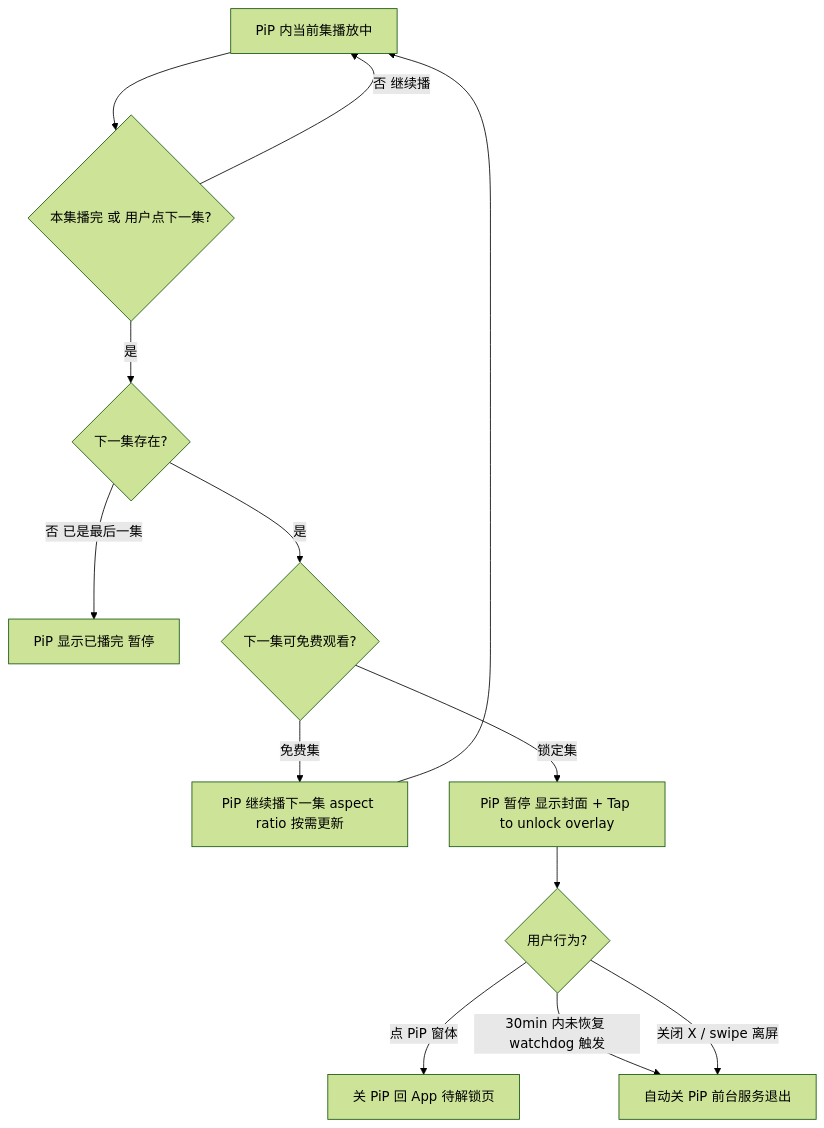
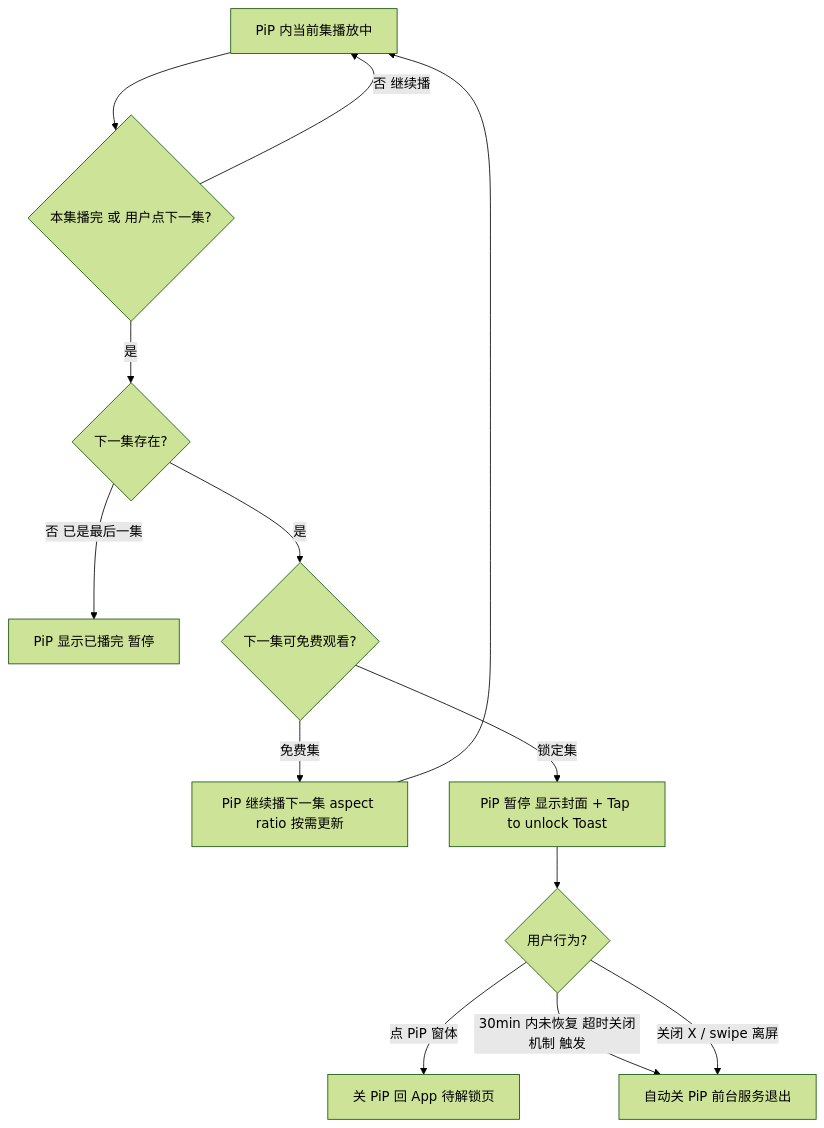
The second of 2 diagrams in docs/20260529/PRD/画中画/20260529_画中画_PRD.md (king460357/ff-app-prd), drawn with Mermaid (forest theme) before and after one commit. The commit also changed other lines of this file and 1 other file, not shown here.

First line of the commit message:
docs(画中画 PRD): watchdog → 超时关闭机制 + overlay → Toast 全文统一

````diff
--- a/docs/20260529/PRD/画中画/20260529_画中画_PRD.md
+++ b/docs/20260529/PRD/画中画/20260529_画中画_PRD.md
@@ -84,15 +84,15 @@
 ```mermaid
 flowchart TD
  B0[PiP 内当前集播放中] --> B1{本集播完 或 用户点下一集?}
  B1 -->|否 继续播| B0
  B1 -->|是| B2{下一集存在?}
  B2 -->|否 已是最后一集| B3[PiP 显示已播完 暂停]
  B2 -->|是| B4{下一集可免费观看?}
  B4 -->|免费集| B5[PiP 继续播下一集 aspect ratio 按需更新]
  B5 --> B0
- B4 -->|锁定集| B6[PiP 暂停 显示封面 + Tap to unlock overlay]
+ B4 -->|锁定集| B6[PiP 暂停 显示封面 + Tap to unlock Toast]
  B6 --> B7{用户行为?}
  B7 -->|点 PiP 窗体| B8[关 PiP 回 App 待解锁页]
- B7 -->|30min 内未恢复 watchdog 触发| B9[自动关 PiP 前台服务退出]
+ B7 -->|30min 内未恢复 超时关闭机制 触发| B9[自动关 PiP 前台服务退出]
  B7 -->|关闭 X / swipe 离屏| B9
 ```
````
